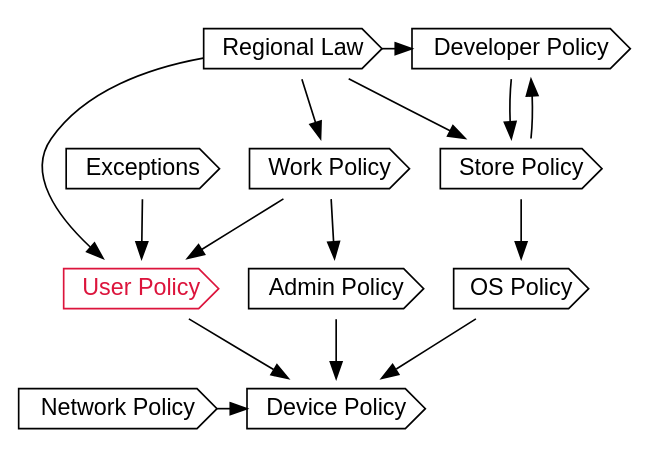
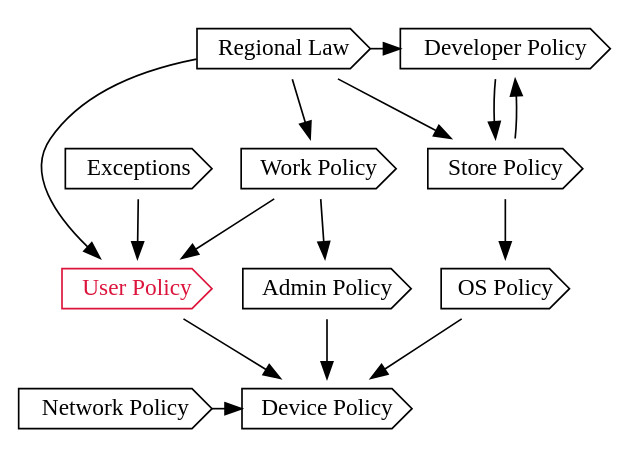
Before and after one commit to bogwonch/first-year-report: the diagram in img/policies.dot, drawn with Graphviz. The commit also changed 21 other files, not shown here.

```diff
--- a/img/policies.dot
+++ b/img/policies.dot
@@ -1,32 +1,32 @@
 digraph policies{
   overlap = false;
   //rankdir = LR;
   splines = true;
 
-  user      [label="User Policy"      shape=cds fontname="Helvetica" color="crimson" fontcolor="crimson"]
-  work      [label="Work Policy"      shape=cds fontname="Helvetica"]
-  it        [label="Admin Policy"     shape=cds fontname="Helvetica"]
-  net       [label="Network Policy"   shape=cds fontname="Helvetica"]
-  os        [label="OS Policy"        shape=cds fontname="Helvetica"]
-  store     [label="Store Policy"     shape=cds fontname="Helvetica"]
-  law       [label="Regional Law"     shape=cds fontname="Helvetica"]
-  exception [label="Exceptions"       shape=cds fontname="Helvetica"]
-  dev       [label="Developer Policy" shape=cds fontname="Helvetica"]
-  device    [label="Device Policy"    shape=cds fontname="Helvetica"]
+  user      [label="User Policy"      shape=cds fontname="LMSans10-Regular" color="crimson" fontcolor="crimson"]
+  work      [label="Work Policy"      shape=cds fontname="LMSans10-Regular"]
+  it        [label="Admin Policy"     shape=cds fontname="LMSans10-Regular"]
+  net       [label="Network Policy"   shape=cds fontname="LMSans10-Regular"]
+  os        [label="OS Policy"        shape=cds fontname="LMSans10-Regular"]
+  store     [label="Store Policy"     shape=cds fontname="LMSans10-Regular"]
+  law       [label="Regional Law"     shape=cds fontname="LMSans10-Regular"]
+  exception [label="Exceptions"       shape=cds fontname="LMSans10-Regular"]
+  dev       [label="Developer Policy" shape=cds fontname="LMSans10-Regular"]
+  device    [label="Device Policy"    shape=cds fontname="LMSans10-Regular"]
   
   os -> device;
   work -> it -> device
 
   law -> store -> os;
   law -> work -> user -> device;
   law -> user;
   net -> device;
   dev -> store -> dev;
   exception -> user;
   law -> dev
   
 
   {rank=same device net}
   {rank=same law dev}
 
 }
```
